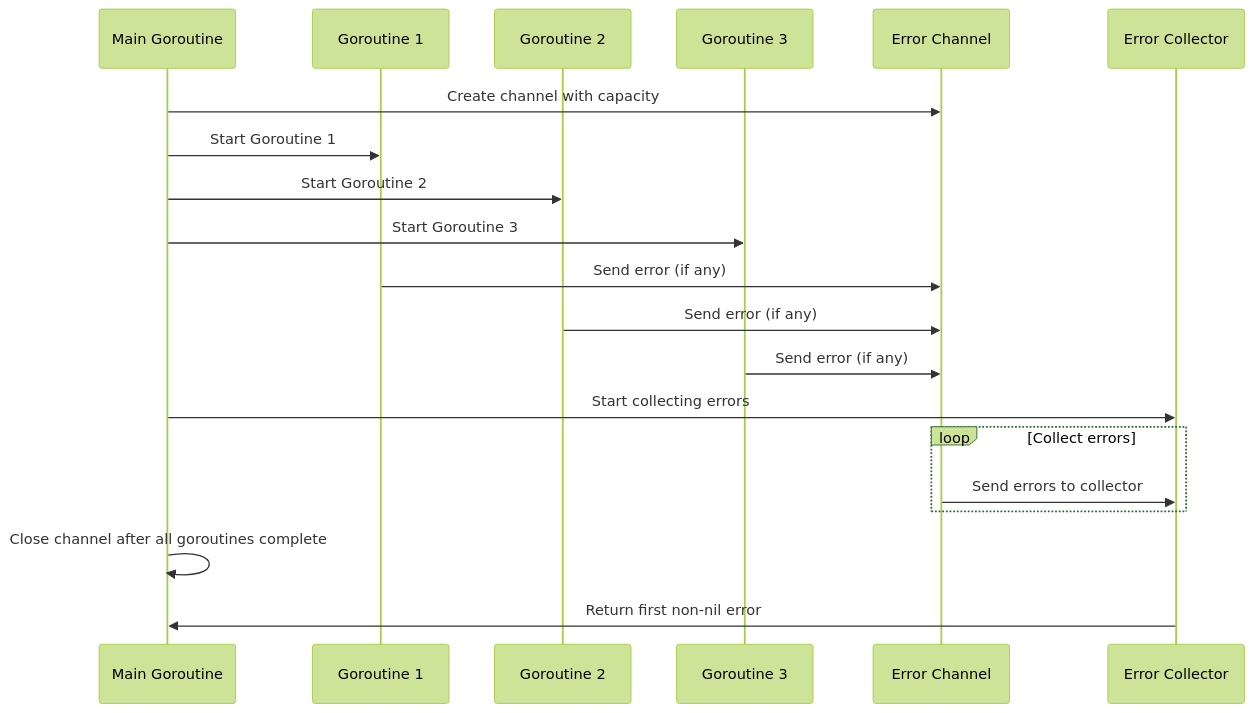
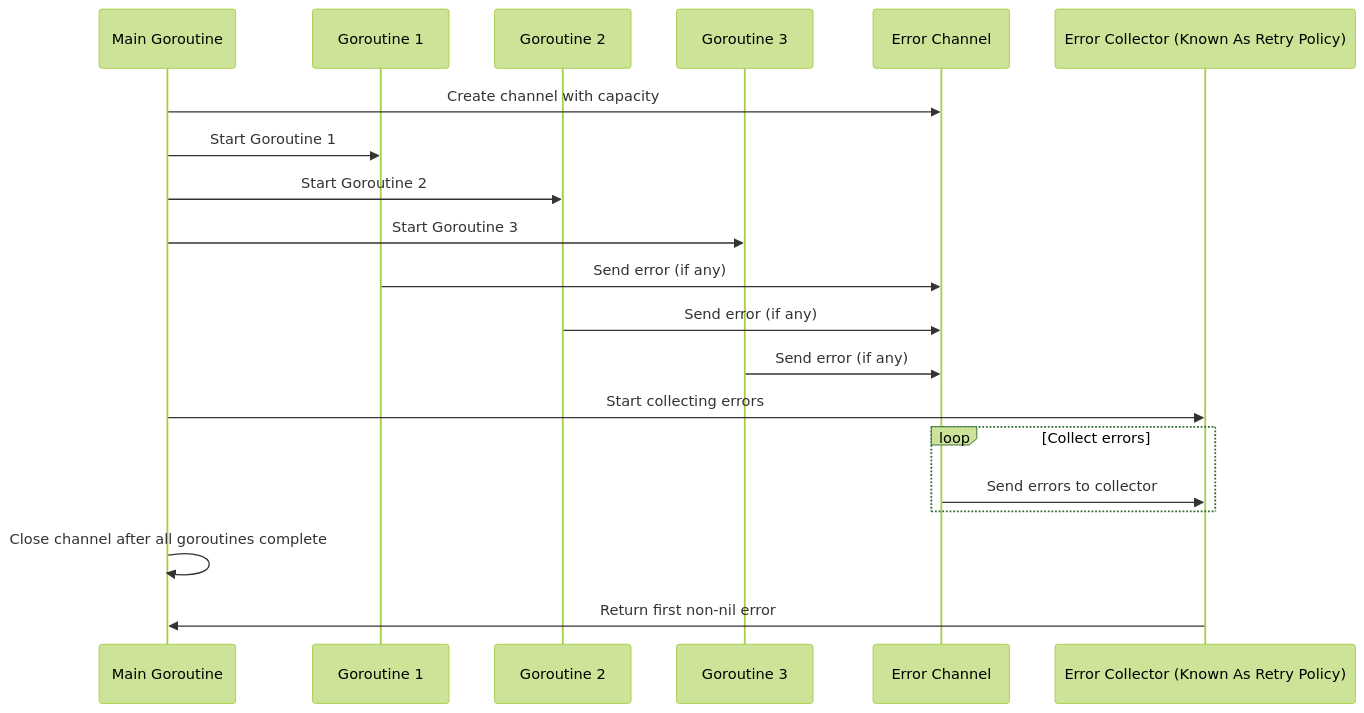
One commit to H0llyW00dzZ/GoGenAI-Terminal-Chat changed the third of 3 diagrams in README.md. Above: the diagram before and after it, drawn with Mermaid (forest theme).

Commit message:
Update README.md
- [+] docs(README.md): update 'Error Collector' to 'Error Collector (Known As Retry Policy)' in sequence diagram

````diff
--- a/README.md
+++ b/README.md
@@ -464,23 +464,23 @@
   ```mermaid
   sequenceDiagram
       participant Main as Main Goroutine
       participant G1 as Goroutine 1
       participant G2 as Goroutine 2
       participant G3 as Goroutine 3
       participant Ch as Error Channel
-      participant Collector as Error Collector
+      participant Collector as Error Collector (Known As Retry Policy)
 
       Main->>Ch: Create channel with capacity
       Main->>G1: Start Goroutine 1
       Main->>G2: Start Goroutine 2
       Main->>G3: Start Goroutine 3
       G1->>Ch: Send error (if any)
       G2->>Ch: Send error (if any)
       G3->>Ch: Send error (if any)
       Main->>Collector: Start collecting errors
       loop Collect errors
           Ch->>Collector: Send errors to collector
       end
       Main->>Main: Close channel after all goroutines complete
       Collector->>Main: Return first non-nil error
   ```
````
